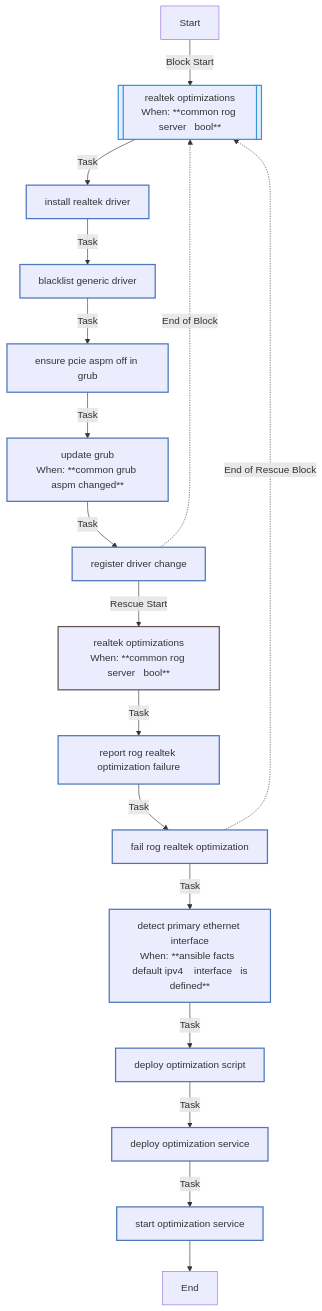
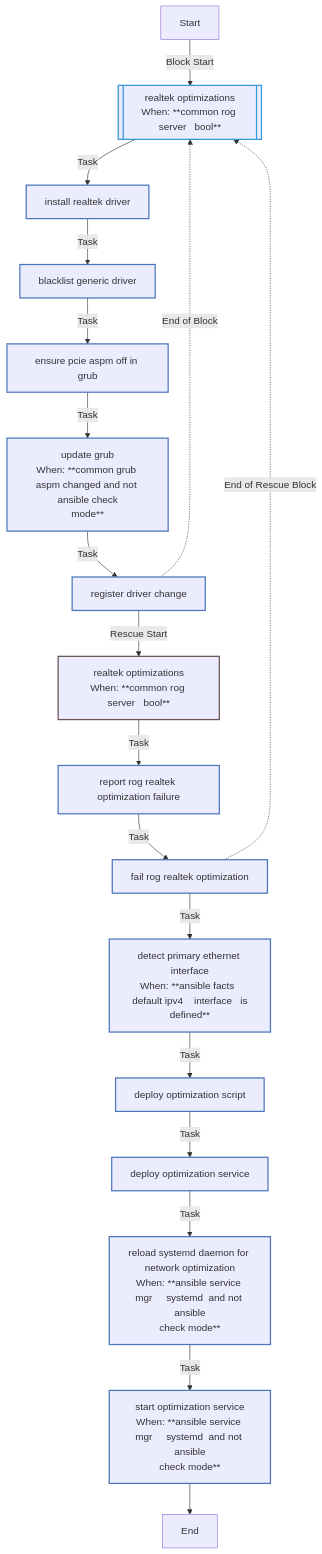
Before and after one commit to rou-cru/k3s-homelab: the sixth of 9 diagrams in roles/common/README.md, drawn with Mermaid. The commit also changed other lines of this file and 57 other files, not shown here.

````diff
--- a/roles/common/README.md
+++ b/roles/common/README.md
@@ -596,29 +652,30 @@
 ```mermaid
 flowchart TD
 Start
 classDef block stroke:#3498db,stroke-width:2px;
 classDef task stroke:#4b76bb,stroke-width:2px;
 classDef includeTasks stroke:#16a085,stroke-width:2px;
 classDef importTasks stroke:#34495e,stroke-width:2px;
 classDef includeRole stroke:#2980b9,stroke-width:2px;
 classDef importRole stroke:#699ba7,stroke-width:2px;
 classDef includeVars stroke:#8e44ad,stroke-width:2px;
 classDef rescue stroke:#665352,stroke-width:2px;
 
   Start-->|Block Start| Realtek_optimizations0_block_start_0[[realtek optimizations<br>When: **common rog server   bool**]]:::block
   Realtek_optimizations0_block_start_0-->|Task| Install_Realtek_driver0[install realtek driver]:::task
   Install_Realtek_driver0-->|Task| Blacklist_generic_driver1[blacklist generic driver]:::task
   Blacklist_generic_driver1-->|Task| Ensure_pcie_aspm_off_in_GRUB2[ensure pcie aspm off in grub]:::task
-  Ensure_pcie_aspm_off_in_GRUB2-->|Task| Update_GRUB3[update grub<br>When: **common grub aspm changed**]:::task
+  Ensure_pcie_aspm_off_in_GRUB2-->|Task| Update_GRUB3[update grub<br>When: **common grub aspm changed and not ansible check<br>mode**]:::task
   Update_GRUB3-->|Task| Register_driver_change4[register driver change]:::task
   Register_driver_change4-.->|End of Block| Realtek_optimizations0_block_start_0
   Register_driver_change4-->|Rescue Start| Realtek_optimizations0_rescue_start_0[realtek optimizations<br>When: **common rog server   bool**]:::rescue
   Realtek_optimizations0_rescue_start_0-->|Task| Report_RoG_Realtek_optimization_failure0[report rog realtek optimization failure]:::task
   Report_RoG_Realtek_optimization_failure0-->|Task| Fail_RoG_Realtek_optimization1[fail rog realtek optimization]:::task
   Fail_RoG_Realtek_optimization1-.->|End of Rescue Block| Realtek_optimizations0_block_start_0
   Fail_RoG_Realtek_optimization1-->|Task| Detect_primary_ethernet_interface1[detect primary ethernet interface<br>When: **ansible facts  default ipv4    interface   is<br>defined**]:::task
   Detect_primary_ethernet_interface1-->|Task| Deploy_optimization_script2[deploy optimization script]:::task
   Deploy_optimization_script2-->|Task| Deploy_optimization_service3[deploy optimization service]:::task
-  Deploy_optimization_service3-->|Task| Start_optimization_service4[start optimization service]:::task
-  Start_optimization_service4-->End
+  Deploy_optimization_service3-->|Task| Reload_systemd_daemon_for_network_optimization4[reload systemd daemon for network optimization<br>When: **ansible service mgr     systemd  and not ansible<br>check mode**]:::task
+  Reload_systemd_daemon_for_network_optimization4-->|Task| Start_optimization_service5[start optimization service<br>When: **ansible service mgr     systemd  and not ansible<br>check mode**]:::task
+  Start_optimization_service5-->End
 ```
````
